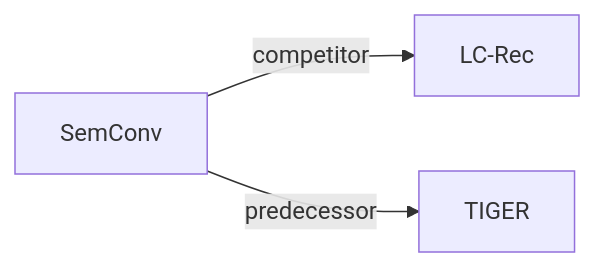
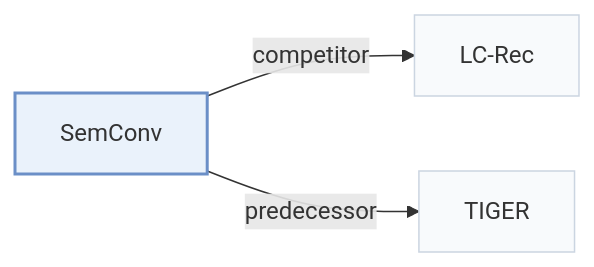
One commit to Galaxy-ghost/Awesome-SID-Generative-Rec changed the second of 2 diagrams in pages/papers/semconv.md. Above: the diagram before and after it, drawn with Mermaid. The commit also changed other lines of this file and 649 other files, not shown here.

Commit message:
writer-05: also tags and modality index (schema, check, build, visuals); summary field removed; calibration data for 12 papers

````diff
--- a/pages/papers/semconv.md
+++ b/pages/papers/semconv.md
@@ -68,6 +74,10 @@
 ```mermaid
 flowchart LR
     P["SemConv"]
-    P -->|competitor| A["LC-Rec"]
-    P -->|predecessor| B["TIGER"]
+    P -->|"competitor"| A["LC-Rec"]
+    P -->|"predecessor"| B["TIGER"]
+    classDef main fill:#eaf2fb,stroke:#6b8fc7,stroke-width:2px
+    classDef peer fill:#f8fafc,stroke:#cbd5e1
+    class P main
+    class A,B peer
 ```
````
